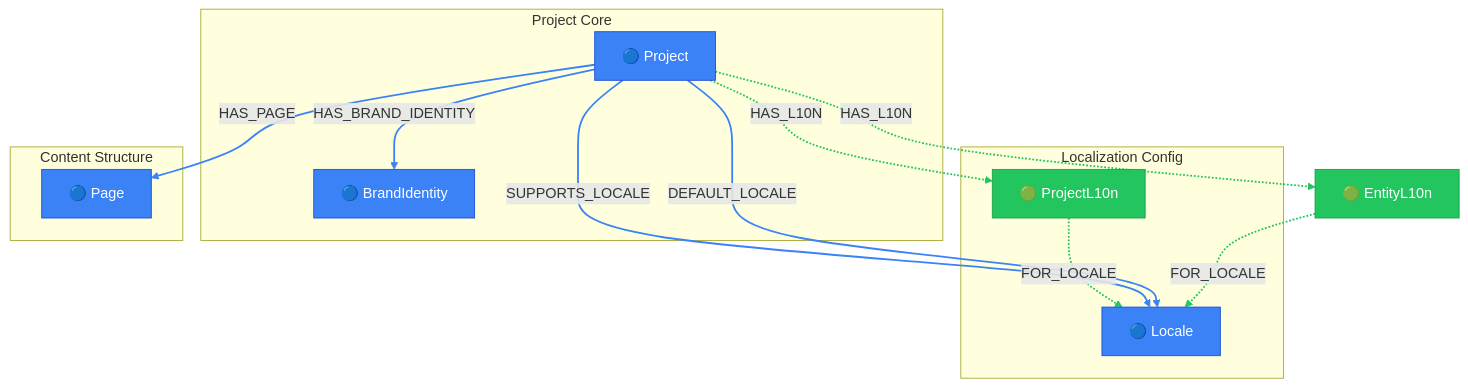
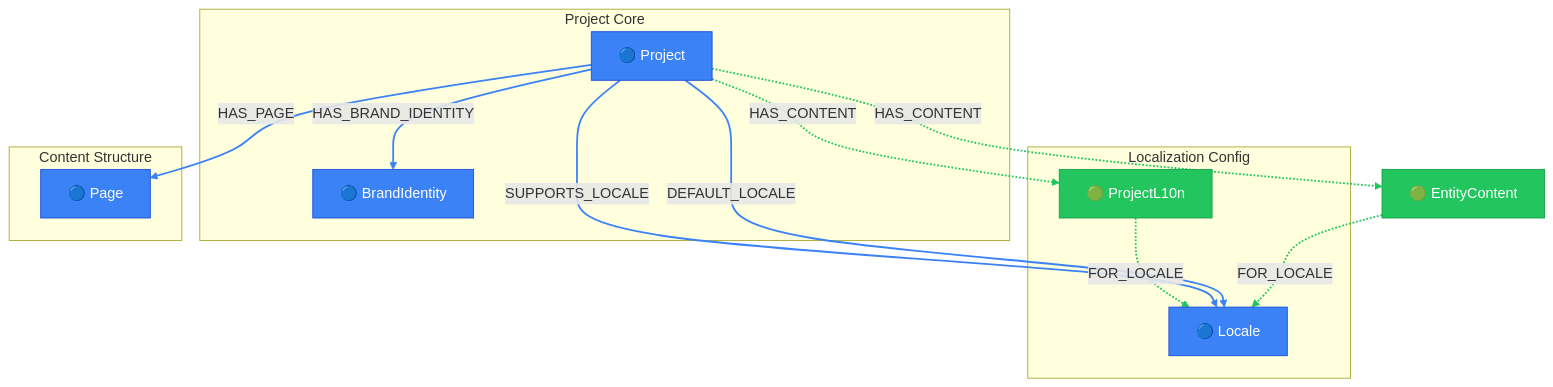
Before and after one commit to supernovae-st/novanet: the diagram in packages/core/models/docs/project-context.md, drawn with Mermaid. The commit also changed other lines of this file and 20 other files, not shown here.

````diff
--- a/packages/core/models/docs/project-context.md
+++ b/packages/core/models/docs/project-context.md
@@ -25,51 +25,51 @@
 ```mermaid
 flowchart TB
   %% View: Project Context (project-context)
   %% 6 nodes, 8 arcs
 
   %% Trait styling (node_trait)
   classDef invariant fill:#3b82f6,stroke:#1d4ed8,color:#fff
   classDef localized fill:#22c55e,stroke:#16a34a,color:#fff
   classDef knowledge fill:#8b5cf6,stroke:#7c3aed,color:#fff
   classDef derived fill:#9ca3af,stroke:#6b7280,color:#fff
   classDef job fill:#6b7280,stroke:#4b5563,color:#fff
 
   subgraph PROJECT_CORE["Project Core"]
     Project["🔵 Project"]
     BrandIdentity["🔵 BrandIdentity"]
   end
 
   subgraph LOCALIZATION_CONFIG["Localization Config"]
     ProjectL10n["🟢 ProjectL10n"]
     Locale["🔵 Locale"]
   end
 
   subgraph CONTENT_STRUCTURE["Content Structure"]
     Page["🔵 Page"]
   end
 
   %% Additional reachable nodes
-  EntityL10n["🟢 EntityL10n"]
+  EntityContent["🟢 EntityContent"]
 
   %% Relationships (styled by arc family)
-  EntityL10n -.->|FOR_LOCALE| Locale
+  EntityContent -.->|FOR_LOCALE| Locale
   Project -->|DEFAULT_LOCALE| Locale
   Project -->|HAS_BRAND_IDENTITY| BrandIdentity
-  Project -.->|HAS_L10N| EntityL10n
-  Project -.->|HAS_L10N| ProjectL10n
+  Project -.->|HAS_CONTENT| EntityContent
+  Project -.->|HAS_CONTENT| ProjectL10n
   Project -->|HAS_PAGE| Page
   Project -->|SUPPORTS_LOCALE| Locale
   ProjectL10n -.->|FOR_LOCALE| Locale
 
   %% Arc colors by family
   linkStyle 0,3,4,7 stroke:#22c55e,stroke-width:2px
   linkStyle 1,2,5,6 stroke:#3b82f6,stroke-width:2px
 
   %% Class assignments
   class BrandIdentity invariant
-  class EntityL10n localized
+  class EntityContent localized
   class Locale invariant
   class Page invariant
   class Project invariant
   class ProjectL10n localized
 ```
````
